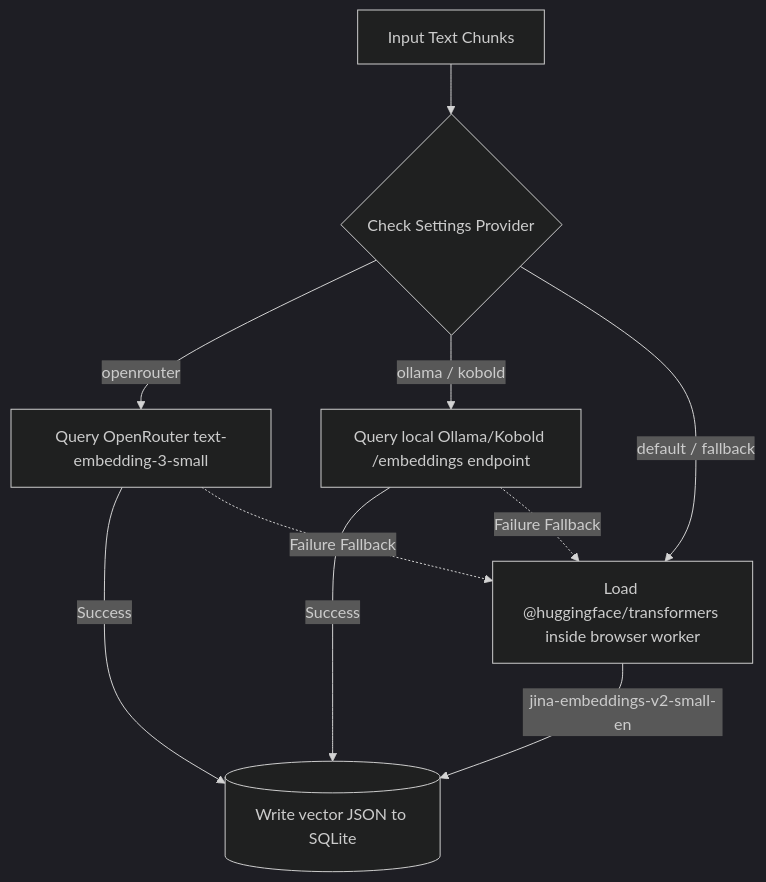
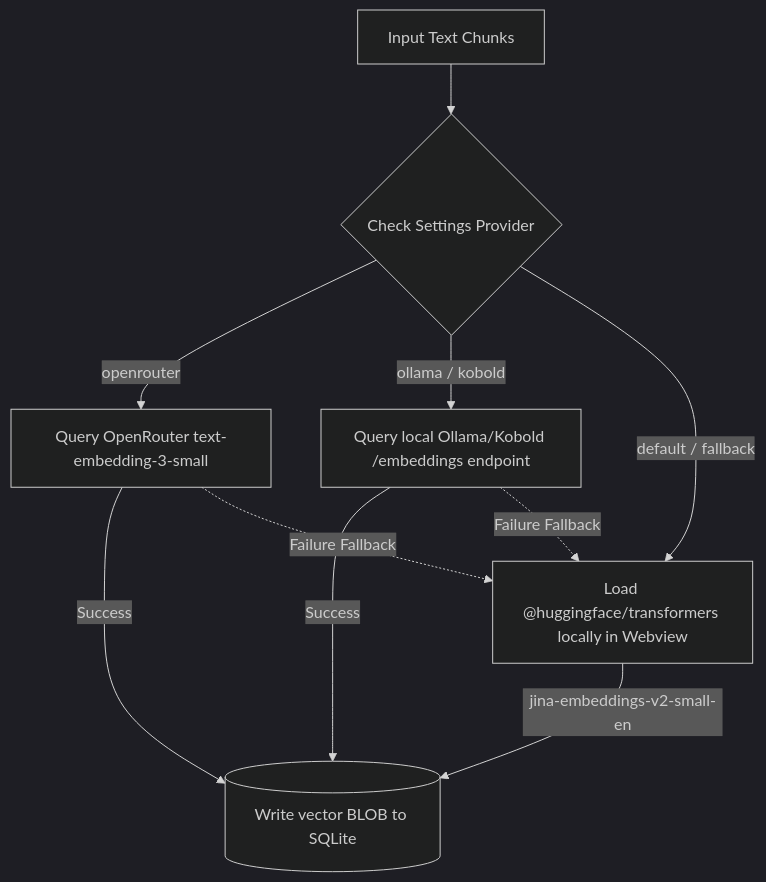
One commit to Mignon-UI/Mignon-UI changed the first of 2 diagrams in docs/memory.md. Above: the diagram before and after it, drawn with Mermaid (dark theme). The commit also changed 4 other files, not shown here.

````diff
--- a/docs/memory.md
+++ b/docs/memory.md
@@ -27,16 +27,16 @@
 ```mermaid
 graph TD
     %% Execution Nodes
     Input[Input Text Chunks] --> CheckProvider{Check Settings Provider}
     
     CheckProvider -->|openrouter| EmbedOpenRouter[Query OpenRouter text-embedding-3-small]
     CheckProvider -->|ollama / kobold| EmbedLocalAPI[Query local Ollama/Kobold /embeddings endpoint]
-    CheckProvider -->|default / fallback| EmbedWASM[Load @huggingface/transformers inside browser worker]
+    CheckProvider -->|default / fallback| EmbedWASM[Load @huggingface/transformers locally in Webview]
 
-    EmbedOpenRouter -->|Success| SQLite[(Write vector JSON to SQLite)]
+    EmbedOpenRouter -->|Success| SQLite[(Write vector BLOB to SQLite)]
     EmbedLocalAPI -->|Success| SQLite
     EmbedWASM -->|jina-embeddings-v2-small-en| SQLite
 
     EmbedOpenRouter -.->|Failure Fallback| EmbedWASM
     EmbedLocalAPI -.->|Failure Fallback| EmbedWASM
 ```
````
